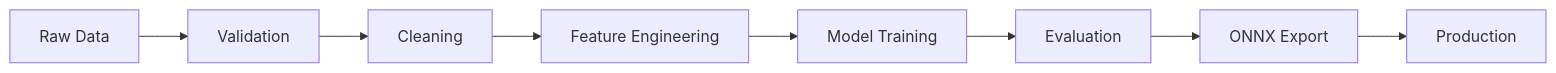
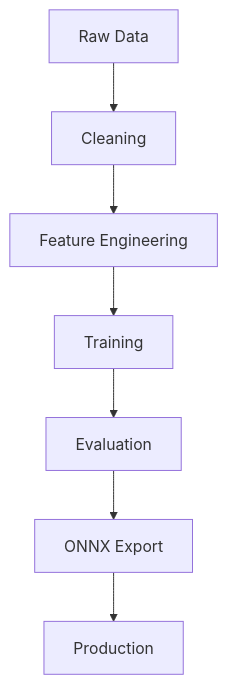
One commit to sai-ganesh-4539/StatVault changed the third of 3 diagrams in README.md. Above: the diagram before and after it, drawn with Mermaid. The commit also changed other lines of this file, not shown here.

````diff
--- a/README.md
+++ b/README.md
@@ -140,24 +120,11 @@
 ```mermaid
-flowchart LR
+flowchart TB
 
 RAW[Raw Data]
---> VALIDATE[Validation]
-
-VALIDATE
---> CLEAN[Cleaning]
-
-CLEAN
---> FEATURES[Feature Engineering]
-
-FEATURES
---> TRAIN[Model Training]
-
-TRAIN
---> EVAL[Evaluation]
-
-EVAL
---> EXPORT[ONNX Export]
-
-EXPORT
---> DEPLOY[Production]
+    --> CLEAN[Cleaning]
+    --> FE[Feature Engineering]
+    --> TRAIN[Training]
+    --> EVAL[Evaluation]
+    --> EXPORT[ONNX Export]
+    --> PROD[Production]
 ```
````
